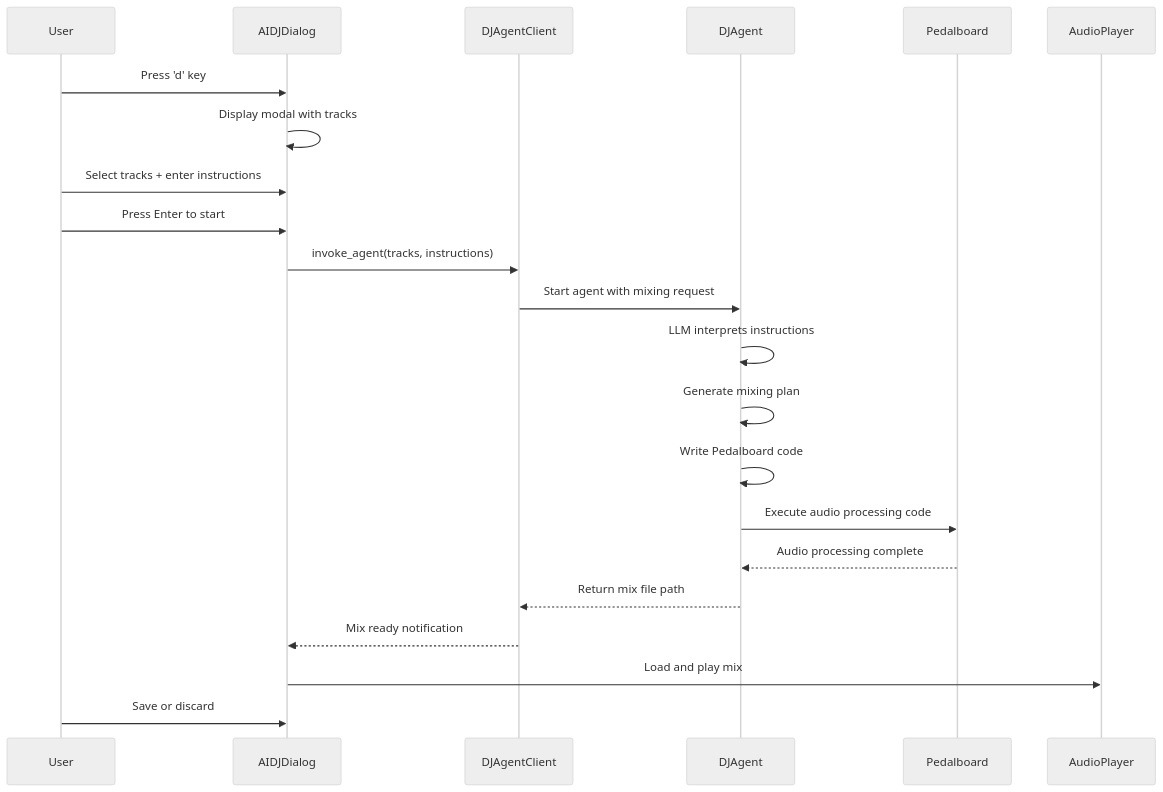
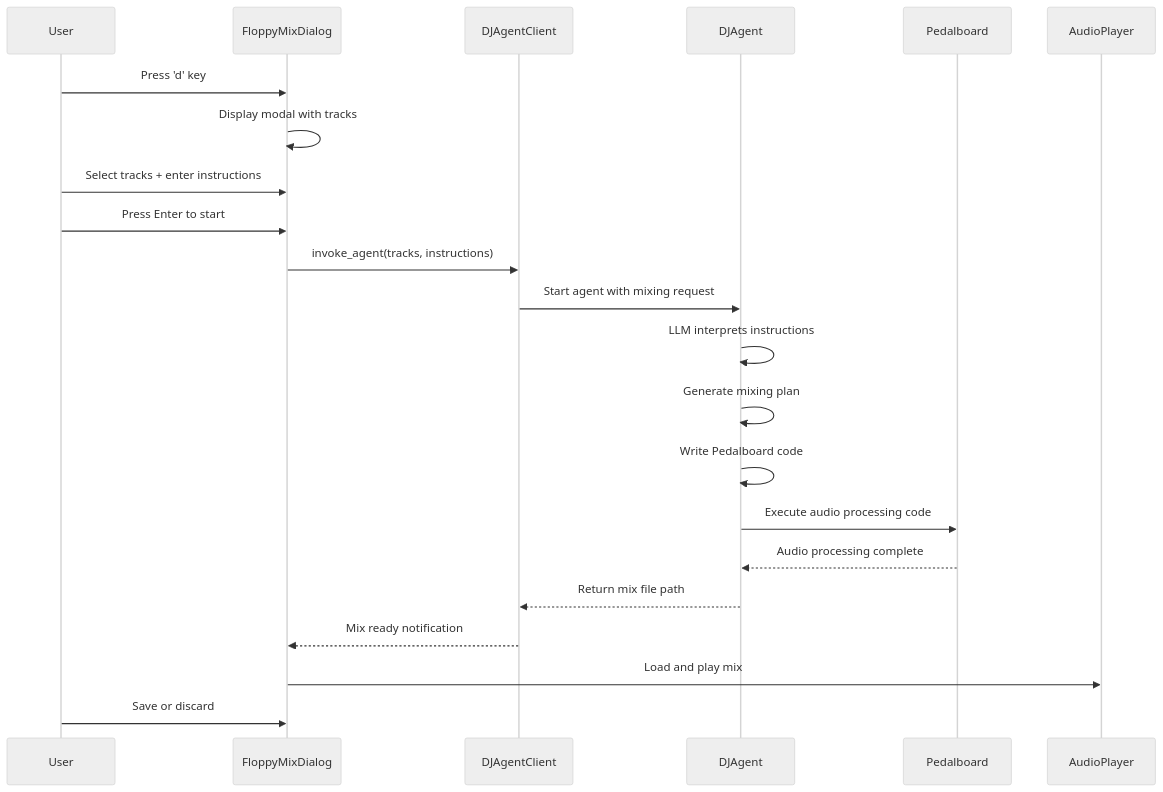
One commit to kaumnen/SIGPLAY changed the diagram in .kiro/specs/floppy-mix/design.md. Above: the diagram before and after it, drawn with Mermaid (neutral theme). The commit also changed other lines of this file and 8 other files, not shown here.

````diff
--- a/.kiro/specs/floppy-mix/design.md
+++ b/.kiro/specs/floppy-mix/design.md
@@ -54,25 +54,25 @@
 ```mermaid
 sequenceDiagram
     participant User
-    participant AIDJDialog
+    participant FloppyMixDialog
     participant DJAgentClient
     participant DJAgent
     participant Pedalboard
     participant AudioPlayer
 
-    User->>AIDJDialog: Press 'd' key
-    AIDJDialog->>AIDJDialog: Display modal with tracks
-    User->>AIDJDialog: Select tracks + enter instructions
-    User->>AIDJDialog: Press Enter to start
-    AIDJDialog->>DJAgentClient: invoke_agent(tracks, instructions)
+    User->>FloppyMixDialog: Press 'd' key
+    FloppyMixDialog->>FloppyMixDialog: Display modal with tracks
+    User->>FloppyMixDialog: Select tracks + enter instructions
+    User->>FloppyMixDialog: Press Enter to start
+    FloppyMixDialog->>DJAgentClient: invoke_agent(tracks, instructions)
     DJAgentClient->>DJAgent: Start agent with mixing request
     DJAgent->>DJAgent: LLM interprets instructions
     DJAgent->>DJAgent: Generate mixing plan
     DJAgent->>DJAgent: Write Pedalboard code
     DJAgent->>Pedalboard: Execute audio processing code
     Pedalboard-->>DJAgent: Audio processing complete
     DJAgent-->>DJAgentClient: Return mix file path
-    DJAgentClient-->>AIDJDialog: Mix ready notification
-    AIDJDialog->>AudioPlayer: Load and play mix
-    User->>AIDJDialog: Save or discard
+    DJAgentClient-->>FloppyMixDialog: Mix ready notification
+    FloppyMixDialog->>AudioPlayer: Load and play mix
+    User->>FloppyMixDialog: Save or discard
 ```
````
